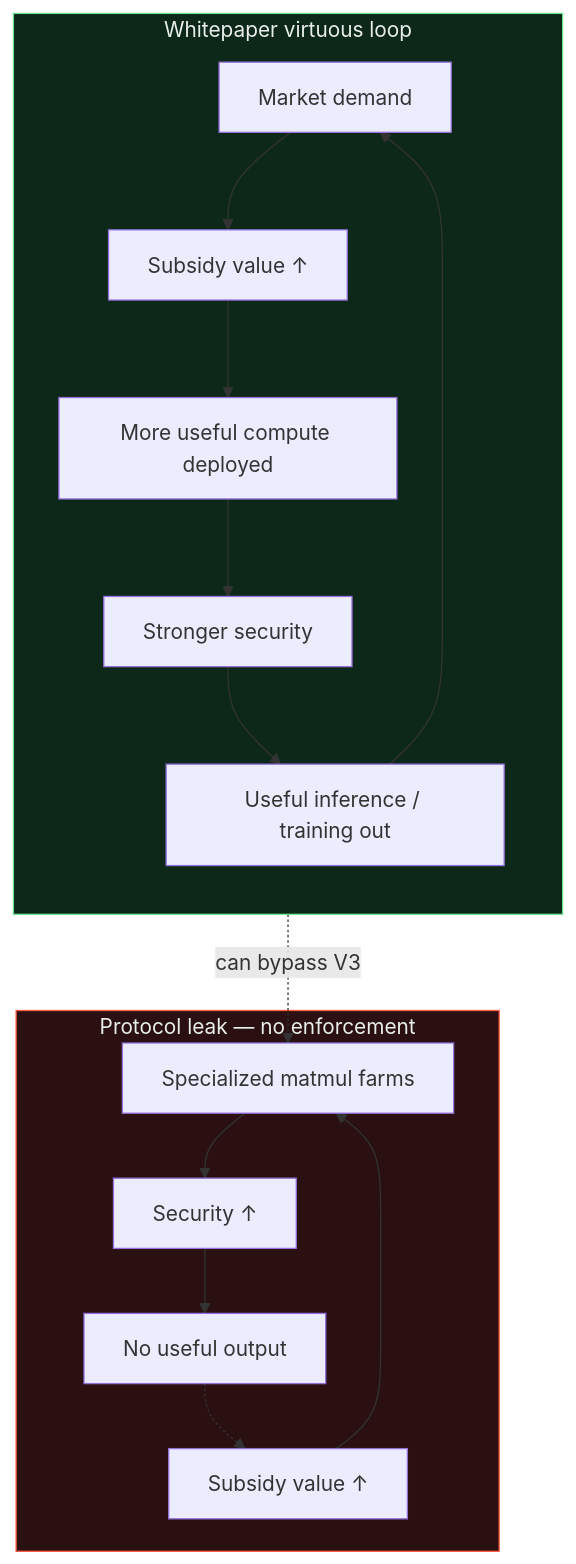
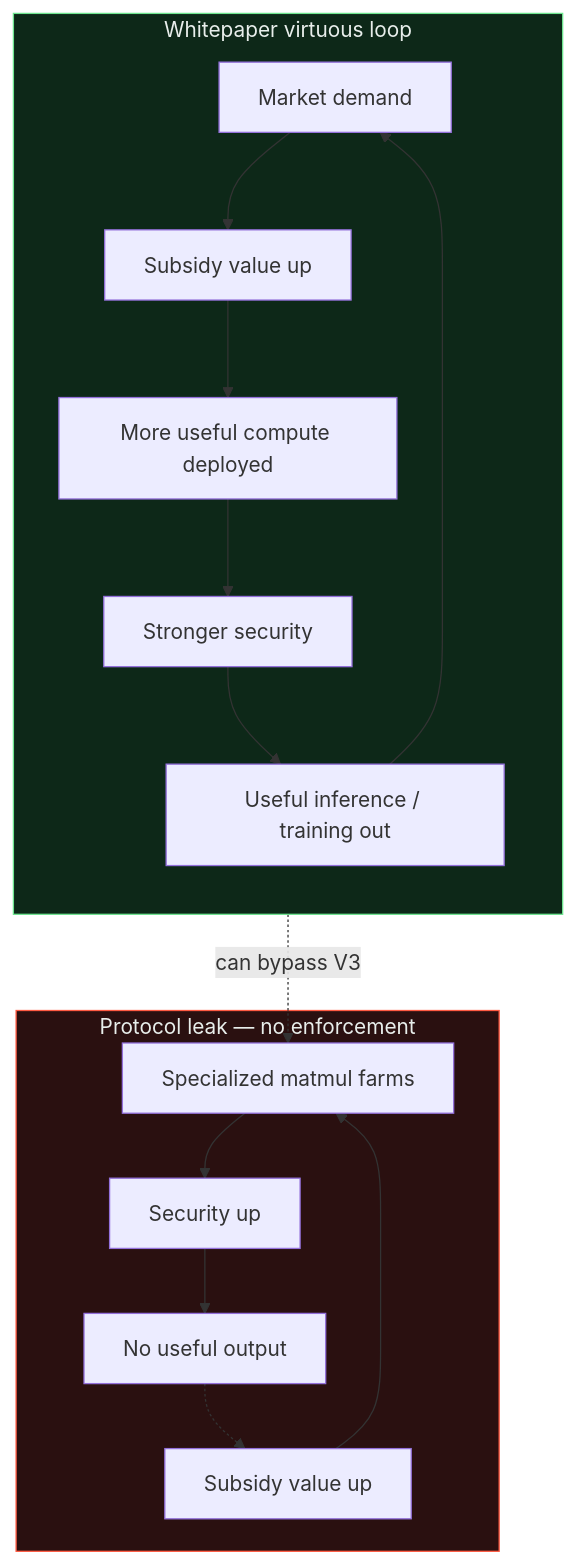
Before and after one commit to agtico/agtico.github.io: the third of 3 diagrams in _posts/2026-05-23-pearl-pouw-useful-work-asic-analysis.md, drawn with Mermaid. The commit also changed other lines of this file and 2 other files, not shown here.

```diff
--- a/_posts/2026-05-23-pearl-pouw-useful-work-asic-analysis.md
+++ b/_posts/2026-05-23-pearl-pouw-useful-work-asic-analysis.md
@@ -321,23 +309,23 @@
-<pre class="mermaid">
+    <div class="mermaid">
 flowchart TB
   subgraph virtuous ["Whitepaper virtuous loop"]
     direction TB
-    V1[Market demand] --> V2[Subsidy value ↑]
+    V1[Market demand] --> V2[Subsidy value up]
     V2 --> V3[More useful compute deployed]
     V3 --> V4[Stronger security]
     V4 --> V5[Useful inference / training out]
     V5 --> V1
   end
 
   subgraph leak ["Protocol leak — no enforcement"]
-    L1[Subsidy value ↑] --> L2[Specialized matmul farms]
-    L2 --> L3[Security ↑]
+    L1[Subsidy value up] --> L2[Specialized matmul farms]
+    L2 --> L3[Security up]
     L3 --> L4[No useful output]
     L4 -.-> L1
   end
 
   V2 -. can bypass V3 .-> L2
 
   style virtuous fill:#0d2818,stroke:#6ee58f,color:#e8eeeb
   style leak fill:#2a1010,stroke:#ff5a42,color:#e8eeeb
-</pre>
+    </div>
```
